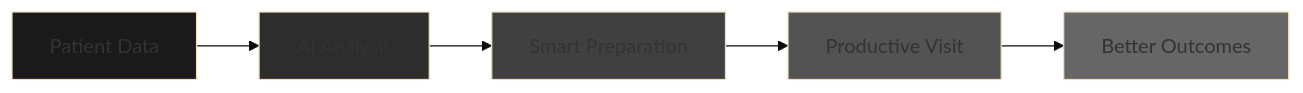
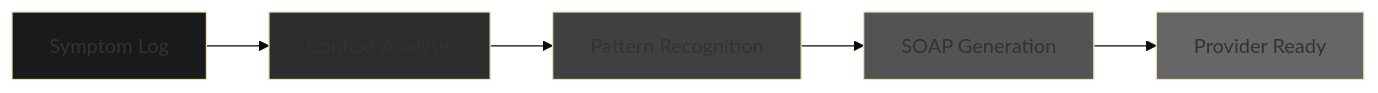
The first of 3 diagrams in README.md (Iceman-Dann/Medly), drawn with Mermaid (base theme) before and after one commit. The commit also changed other lines of this file, not shown here.

````diff
--- a/README.md
+++ b/README.md
@@ -38,13 +69,13 @@
 ```mermaid
 graph LR
-    A[Patient Data] --> B[AI Analysis]
-    B --> C[Smart Preparation]
-    C --> D[Productive Visit]
-    D --> E[Better Outcomes]
+    A[Symptom Log] --> B[Context Analysis]
+    B --> C[Pattern Recognition]
+    C --> D[SOAP Generation]
+    D --> E[Provider Ready]
     
     style A fill:#1a1a1a
     style B fill:#2d2d2d
     style C fill:#404040
     style D fill:#535353
     style E fill:#666666
 ```
````
